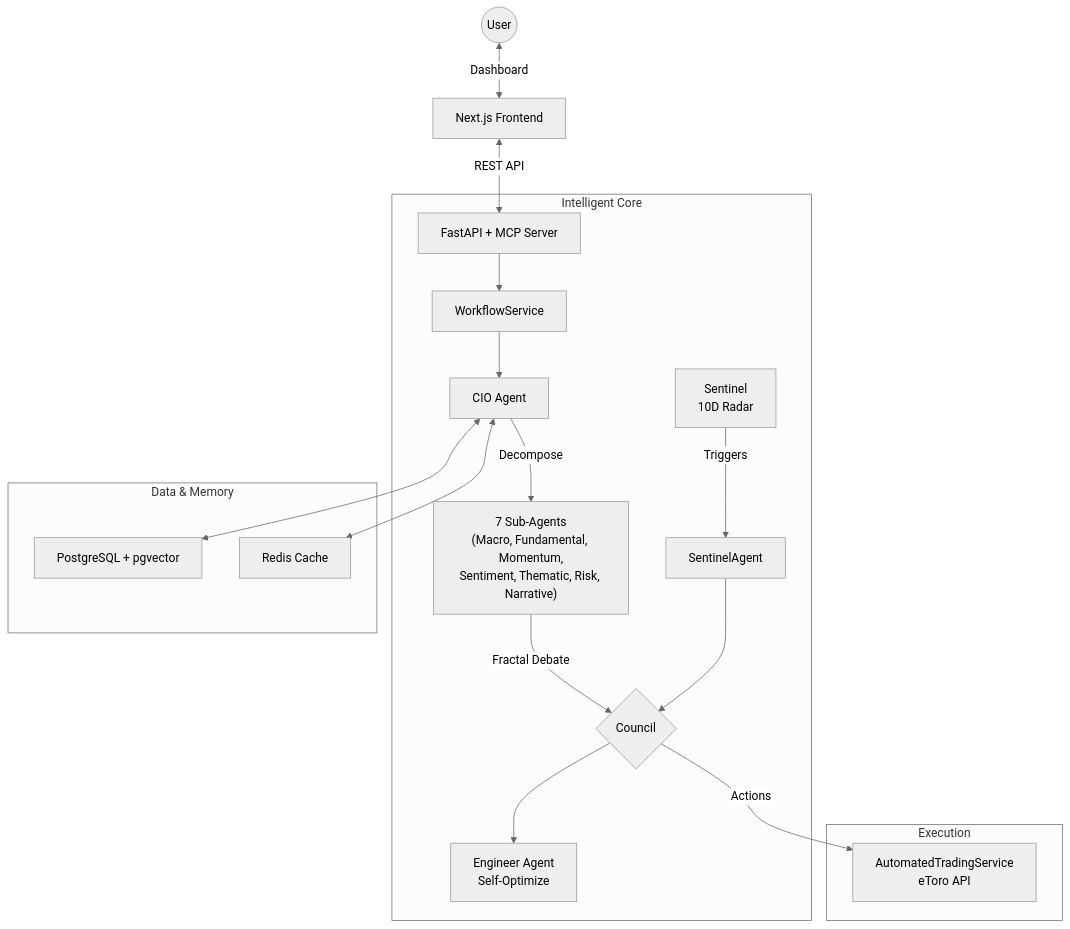
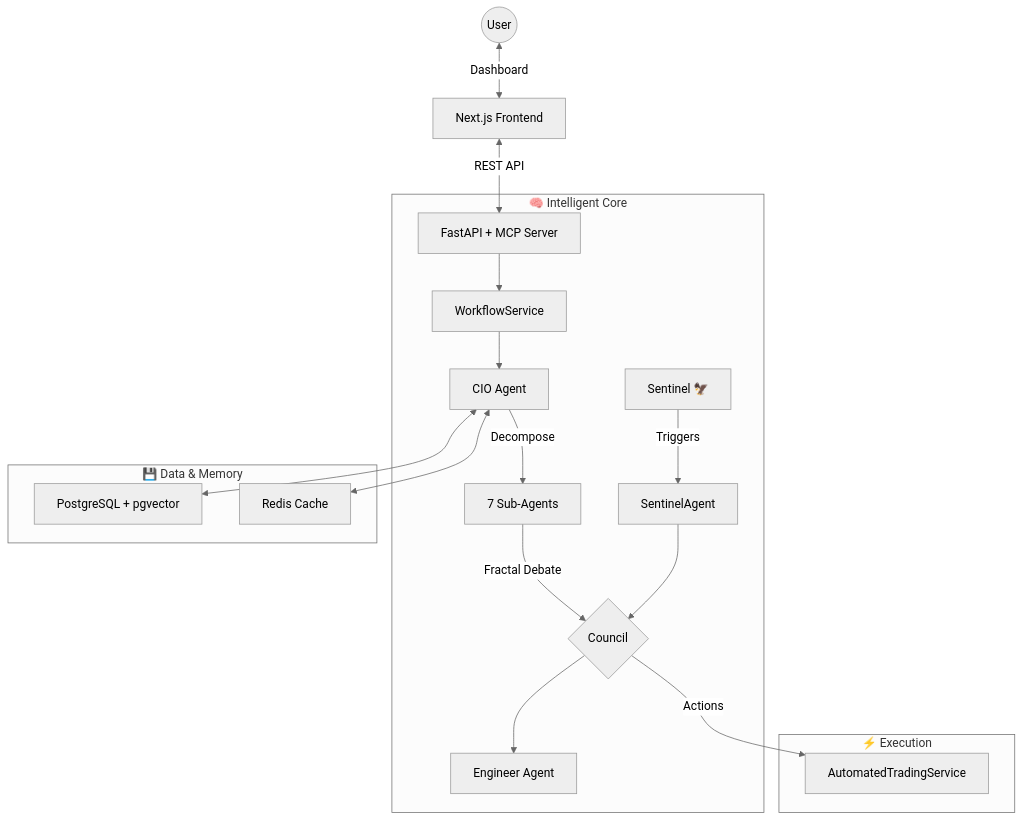
Before and after one commit to neohsiung/AI-Investment-Advisor: the diagram in README.md, drawn with Mermaid (neutral theme). The commit also changed other lines of this file and 3 other files, not shown here.

First line of the commit message:
docs(readme): premium visual overhaul with multi-language, hero banner & star history README 視覺升級：多語言頁面、Hero 橫幅與 Star 歷程圖

````diff
--- a/README.md
+++ b/README.md
@@ -28,28 +105,28 @@
 ```mermaid
 graph TD
     User((User)) <-->|Dashboard| FE["Next.js Frontend"]
     FE <-->|REST API| API["FastAPI + MCP Server"]
 
-    subgraph "Intelligent Core"
+    subgraph "🧠 Intelligent Core"
         API --> WF["WorkflowService"]
         WF --> CIO["CIO Agent"]
-        CIO -->|Decompose| SUB["7 Sub-Agents<br/>(Macro, Fundamental, Momentum,<br/>Sentiment, Thematic, Risk, Narrative)"]
+        CIO -->|Decompose| SUB["7 Sub-Agents"]
         SUB -->|Fractal Debate| COUNCIL{"Council"}
-        COUNCIL --> ENG["Engineer Agent<br/>Self-Optimize"]
-        SENT["Sentinel<br/>10D Radar"] -->|Triggers| SA["SentinelAgent"]
+        COUNCIL --> ENG["Engineer Agent"]
+        SENT["Sentinel 🦅"] -->|Triggers| SA["SentinelAgent"]
         SA --> COUNCIL
     end
 
-    subgraph "Data & Memory"
+    subgraph "💾 Data & Memory"
         PG["PostgreSQL + pgvector"]
         RD["Redis Cache"]
     end
 
-    subgraph "Execution"
-        TRADE["AutomatedTradingService<br/>eToro API"]
+    subgraph "⚡ Execution"
+        TRADE["AutomatedTradingService"]
     end
 
     COUNCIL -->|Actions| TRADE
     CIO <--> PG
     CIO <--> RD
 ```
````
